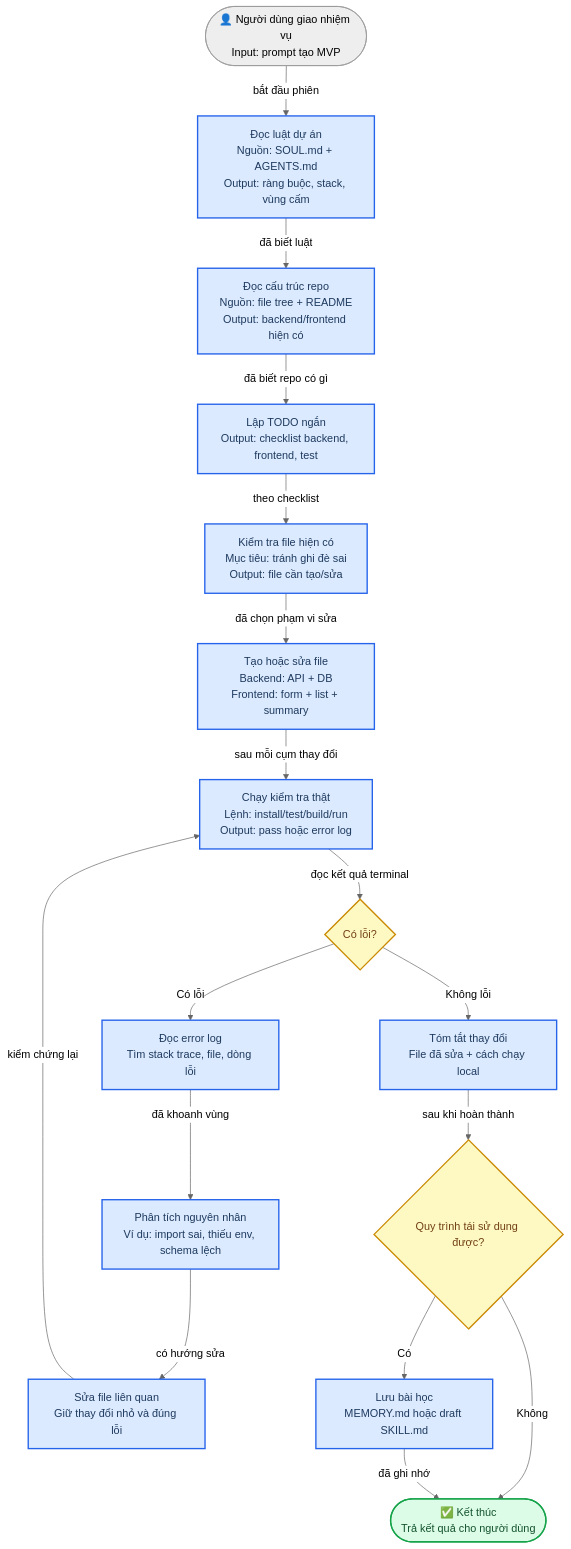
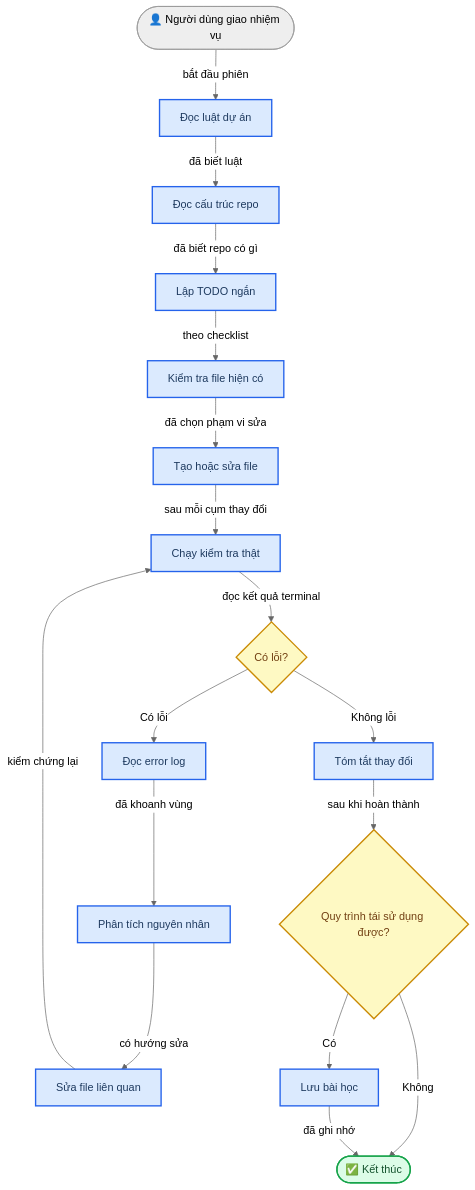
Before and after one commit to lamvu-ha/Hermes_From-theory-to-practice: the eighth of 9 diagrams in README.md, drawn with Mermaid (neutral theme). The commit also changed other lines of this file, not shown here.

Commit message:
Move workflow details out of diagram nodes

````diff
--- a/README.md
+++ b/README.md
@@ -551,30 +551,30 @@
 ```mermaid
 flowchart TD
     accTitle: Hermes Coding Workflow
     accDescr: Flow showing how Hermes reads project rules, inspects the repo, edits files, runs tests or builds, fixes errors, and saves reusable learning when appropriate
 
-    task([👤 Người dùng giao nhiệm vụ<br/>Input: prompt tạo MVP]) -->|bắt đầu phiên| read_rules[Đọc luật dự án<br/>Nguồn: SOUL.md + AGENTS.md<br/>Output: ràng buộc, stack, vùng cấm]
-    read_rules -->|đã biết luật| inspect_repo[Đọc cấu trúc repo<br/>Nguồn: file tree + README<br/>Output: backend/frontend hiện có]
-    inspect_repo -->|đã biết repo có gì| todo[Lập TODO ngắn<br/>Output: checklist backend, frontend, test]
-    todo -->|theo checklist| inspect_existing[Kiểm tra file hiện có<br/>Mục tiêu: tránh ghi đè sai<br/>Output: file cần tạo/sửa]
-    inspect_existing -->|đã chọn phạm vi sửa| edit_files[Tạo hoặc sửa file<br/>Backend: API + DB<br/>Frontend: form + list + summary]
-    edit_files -->|sau mỗi cụm thay đổi| run_checks[Chạy kiểm tra thật<br/>Lệnh: install/test/build/run<br/>Output: pass hoặc error log]
+    task([👤 Người dùng giao nhiệm vụ]) -->|bắt đầu phiên| read_rules[Đọc luật dự án]
+    read_rules -->|đã biết luật| inspect_repo[Đọc cấu trúc repo]
+    inspect_repo -->|đã biết repo có gì| todo[Lập TODO ngắn]
+    todo -->|theo checklist| inspect_existing[Kiểm tra file hiện có]
+    inspect_existing -->|đã chọn phạm vi sửa| edit_files[Tạo hoặc sửa file]
+    edit_files -->|sau mỗi cụm thay đổi| run_checks[Chạy kiểm tra thật]
     run_checks -->|đọc kết quả terminal| has_error{Có lỗi?}
-    has_error -->|Có lỗi| read_error[Đọc error log<br/>Tìm stack trace, file, dòng lỗi]
-    read_error -->|đã khoanh vùng| diagnose[Phân tích nguyên nhân<br/>Ví dụ: import sai, thiếu env, schema lệch]
-    diagnose -->|có hướng sửa| patch_file[Sửa file liên quan<br/>Giữ thay đổi nhỏ và đúng lỗi]
+    has_error -->|Có lỗi| read_error[Đọc error log]
+    read_error -->|đã khoanh vùng| diagnose[Phân tích nguyên nhân]
+    diagnose -->|có hướng sửa| patch_file[Sửa file liên quan]
     patch_file -->|kiểm chứng lại| run_checks
-    has_error -->|Không lỗi| summarize[Tóm tắt thay đổi<br/>File đã sửa + cách chạy local]
+    has_error -->|Không lỗi| summarize[Tóm tắt thay đổi]
     summarize -->|sau khi hoàn thành| reusable{Quy trình tái sử dụng được?}
-    reusable -->|Có| save_learning[Lưu bài học<br/>MEMORY.md hoặc draft SKILL.md]
-    reusable -->|Không| finish([✅ Kết thúc<br/>Trả kết quả cho người dùng])
+    reusable -->|Có| save_learning[Lưu bài học]
+    reusable -->|Không| finish([✅ Kết thúc])
     save_learning -->|đã ghi nhớ| finish
 
     classDef decision fill:#fef9c3,stroke:#ca8a04,stroke-width:2px,color:#713f12
     classDef process fill:#dbeafe,stroke:#2563eb,stroke-width:2px,color:#1e3a5f
     classDef success fill:#dcfce7,stroke:#16a34a,stroke-width:2px,color:#14532d
 
     class has_error,reusable decision
     class read_rules,inspect_repo,todo,inspect_existing,edit_files,run_checks,read_error,diagnose,patch_file,summarize,save_learning process
     class finish success
 ```
````
